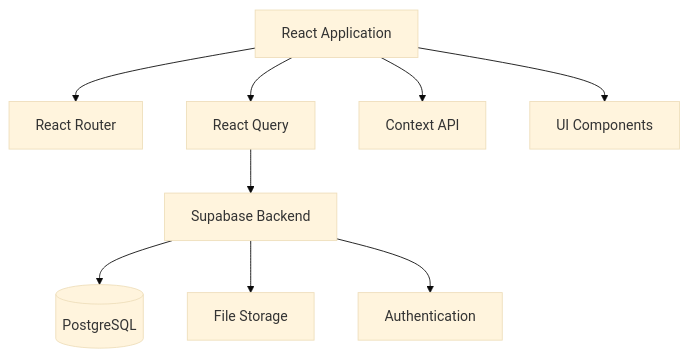
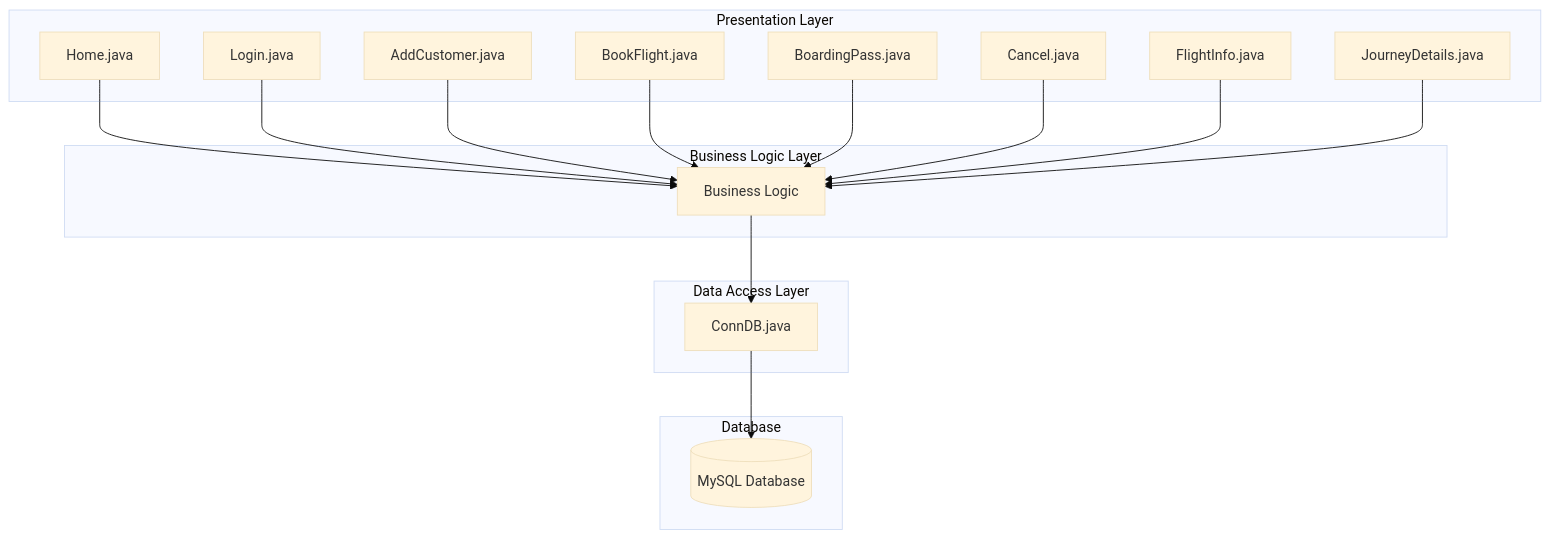
Before and after one commit to Barath-07-tech/codebase_doc: the first of 3 diagrams in docs/architecture.md, drawn with Mermaid (base theme). The commit also changed other lines of this file and 16 other files, not shown here.

Commit message:
Confluence auth details added over to env

````diff
--- a/docs/architecture.md
+++ b/docs/architecture.md
@@ -7,21 +26,36 @@
 ```mermaid
 graph TD
-    Client[React Application]
-    Router[React Router]
-    Query[React Query]
-    Context[Context API]
-    UI[UI Components]
-    Supabase[Supabase Backend]
-    DB[(PostgreSQL)]
-    Storage[File Storage]
-    Auth[Authentication]
+    subgraph "Presentation Layer"
+        H[Home.java]
+        L[Login.java]
+        AC[AddCustomer.java]
+        BF[BookFlight.java]
+        BP[BoardingPass.java]
+        C[Cancel.java]
+        FI[FlightInfo.java]
+        JD[JourneyDetails.java]
+    end
 
-    Client --> Router
-    Client --> Query
-    Client --> Context
-    Client --> UI
-    Query --> Supabase
-    Supabase --> DB
-    Supabase --> Storage
-    Supabase --> Auth
+    subgraph "Business Logic Layer"
+        BL[Business Logic]
+    end
+
+    subgraph "Data Access Layer"
+        DB[ConnDB.java]
+    end
+
+    subgraph "Database"
+        MySQL[(MySQL Database)]
+    end
+
+    H --> BL
+    L --> BL
+    AC --> BL
+    BF --> BL
+    BP --> BL
+    C --> BL
+    FI --> BL
+    JD --> BL
+    BL --> DB
+    DB --> MySQL
 ```
````
